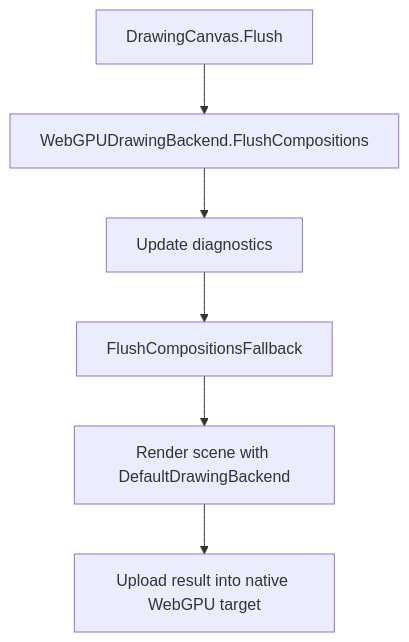
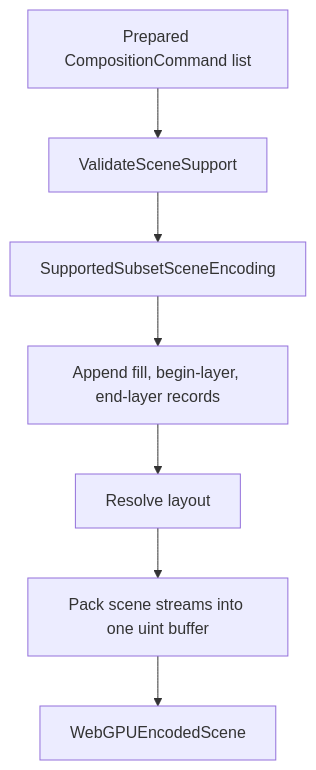
The second of 6 diagrams in src/ImageSharp.Drawing.WebGPU/WEBGPU_BACKEND_PROCESS.md (SixLabors/ImageSharp.Drawing), drawn with Mermaid before and after one commit. The commit also changed other lines of this file and 35 other files, not shown here.

Commit message:
Add docs and helpers for WebGPU shaders & backend

````diff
--- a/src/ImageSharp.Drawing.WebGPU/WEBGPU_BACKEND_PROCESS.md
+++ b/src/ImageSharp.Drawing.WebGPU/WEBGPU_BACKEND_PROCESS.md
@@ -20,8 +83,9 @@
 ```mermaid
 flowchart TD
-    A[DrawingCanvas.Flush] --> B[WebGPUDrawingBackend.FlushCompositions]
-    B --> C[Update diagnostics]
-    C --> D[FlushCompositionsFallback]
-    D --> E[Render scene with DefaultDrawingBackend]
-    E --> F[Upload result into native WebGPU target]
+    A[Prepared CompositionCommand list] --> B[ValidateSceneSupport]
+    B --> C[SupportedSubsetSceneEncoding]
+    C --> D[Append fill, begin-layer, end-layer records]
+    D --> E[Resolve layout]
+    E --> F[Pack scene streams into one uint buffer]
+    F --> G[WebGPUEncodedScene]
 ```
````
